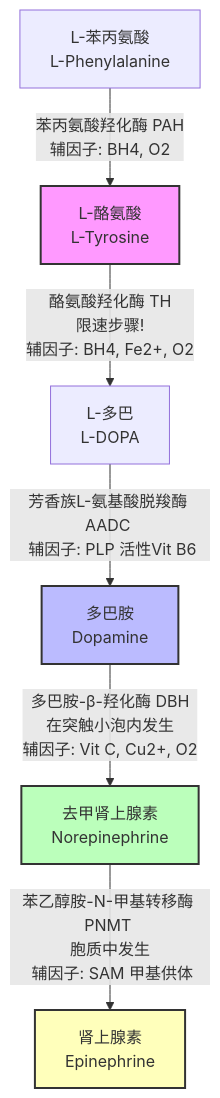
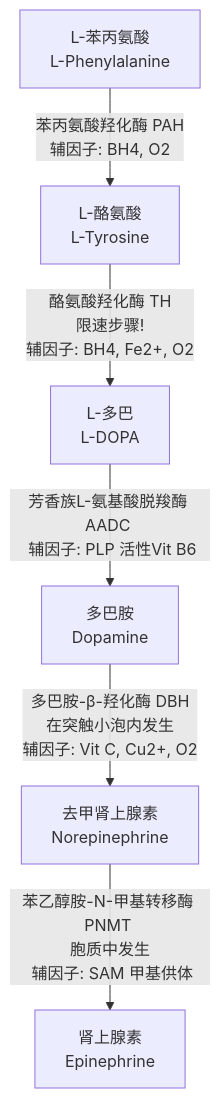
The diagram in 心理学/儿茶酚胺递质的生物合成与代谢路径.md (Kawaii-Jacky/kawaii), drawn with Mermaid before and after one commit. The commit also changed 3 other files, not shown here.

````diff
--- a/心理学/儿茶酚胺递质的生物合成与代谢路径.md
+++ b/心理学/儿茶酚胺递质的生物合成与代谢路径.md
@@ -25,18 +25,13 @@
 ```mermaid
 graph TD
     Phe[L-苯丙氨酸 <br/> L-Phenylalanine]
     --> |苯丙氨酸羟化酶 PAH <br/> 辅因子: BH4, O2| Tyr[L-酪氨酸 <br/> L-Tyrosine]
     
     Tyr --> |酪氨酸羟化酶 TH <br/> 限速步骤! <br/> 辅因子: BH4, Fe2+, O2| DOPA[L-多巴 <br/> L-DOPA]
     
     DOPA --> |芳香族L-氨基酸脱羧酶 AADC <br/> 辅因子: PLP 活性Vit B6| DA[多巴胺 <br/> Dopamine]
     
     DA --> |多巴胺-β-羟化酶 DBH <br/> 在突触小泡内发生 <br/> 辅因子: Vit C, Cu2+, O2| NE[去甲肾上腺素 <br/> Norepinephrine]
     
     NE --> |苯乙醇胺-N-甲基转移酶 PNMT <br/> 胞质中发生 <br/> 辅因子: SAM 甲基供体| Epi[肾上腺素 <br/> Epinephrine]
-
-    style Tyr fill:#f9f,stroke:#333,stroke-width:2px
-    style DA fill:#bbf,stroke:#333,stroke-width:2px
-    style NE fill:#bfb,stroke:#333,stroke-width:2px
-    style Epi fill:#ffb,stroke:#333,stroke-width:2px
 ```
````
